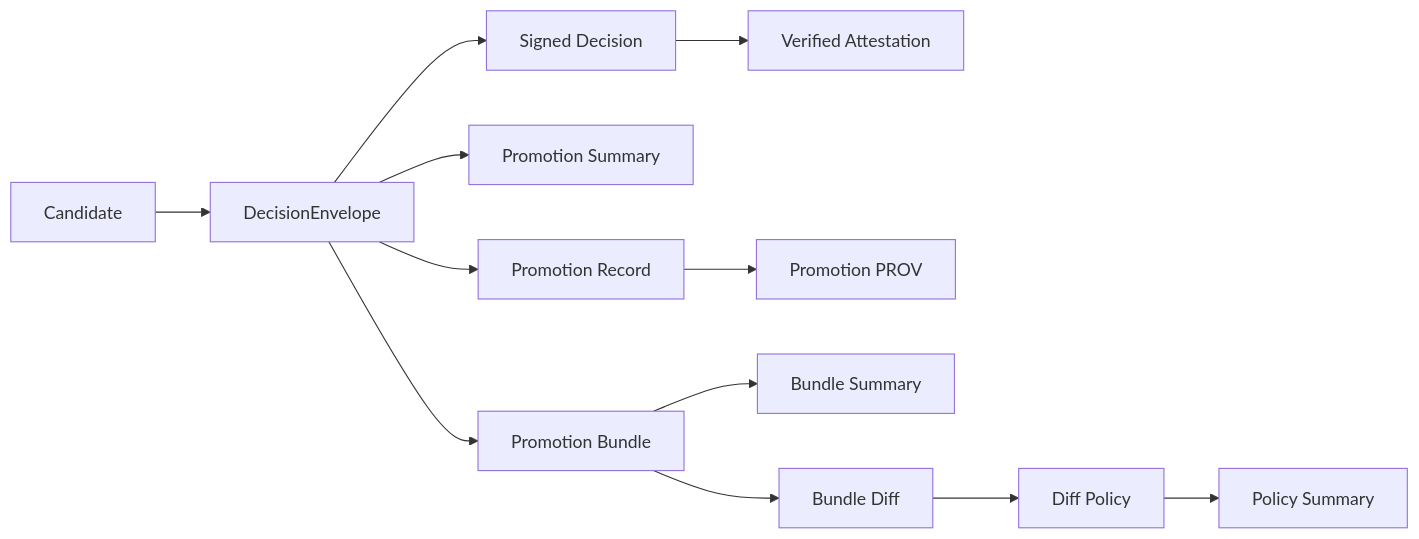
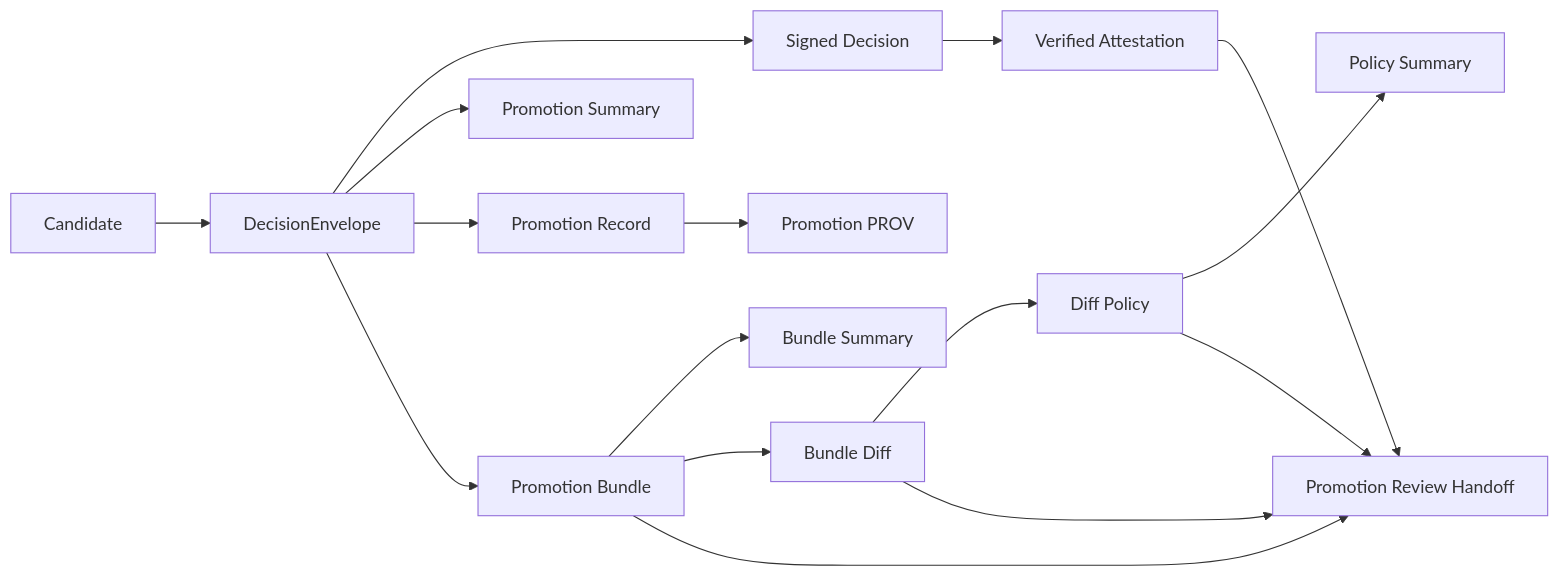
One commit to bartytime4life/Kansas-Frontier-Matrix changed the second of 2 diagrams in tools/validators/promotion_gate/README.md. Above: the diagram before and after it, drawn with Mermaid. The commit also changed other lines of this file, not shown here.

First line of the commit message:
Enhance README with promotion review handoff details

````diff
--- a/tools/validators/promotion_gate/README.md
+++ b/tools/validators/promotion_gate/README.md
@@ -415,14 +428,18 @@
 ```mermaid
 flowchart LR
     A[Candidate] --> B[DecisionEnvelope]
     B --> C[Signed Decision]
     C --> D[Verified Attestation]
     B --> E[Promotion Summary]
     B --> F[Promotion Record]
     F --> G[Promotion PROV]
     B --> H[Promotion Bundle]
     H --> I[Bundle Summary]
     H --> J[Bundle Diff]
     J --> K[Diff Policy]
     K --> L[Policy Summary]
+    H --> M[Promotion Review Handoff]
+    J --> M
+    K --> M
+    D --> M
 ```
````
